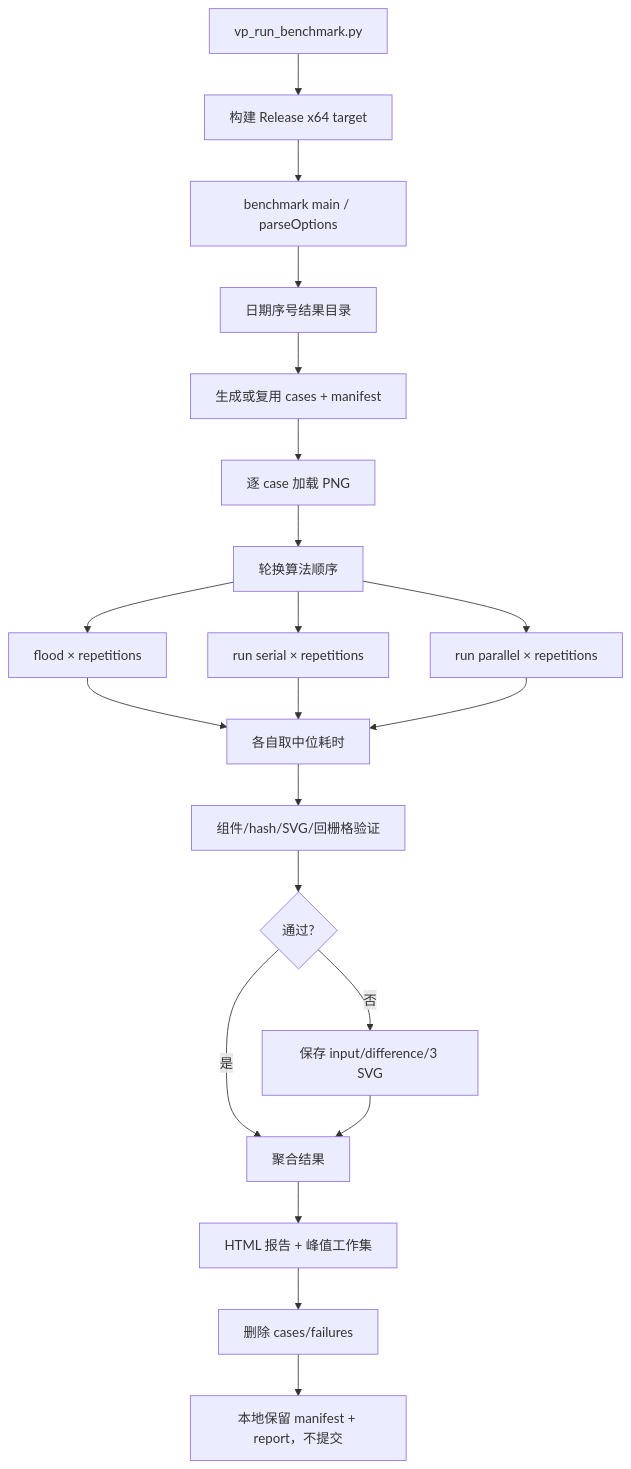
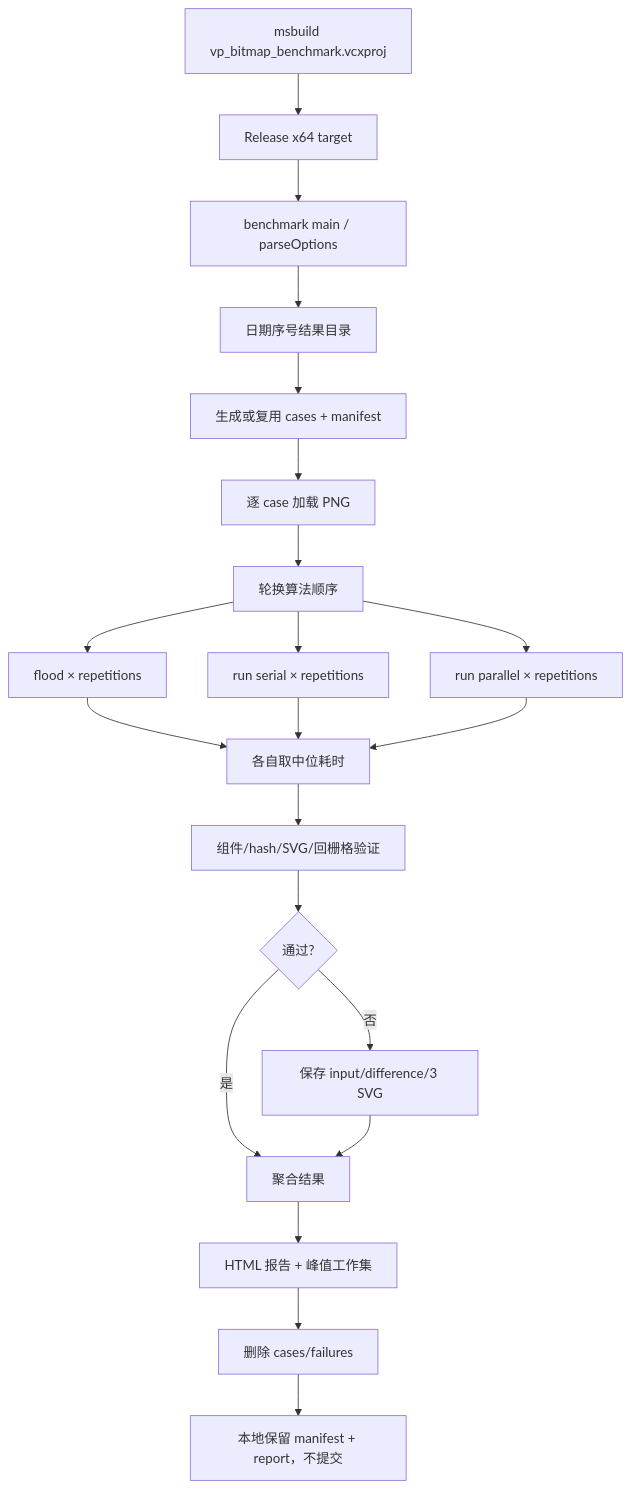
Before and after one commit to HJX0201/vectorPath: the ninth of 10 diagrams in sgraphDocs/BITMAP_VECTORIZATION_SOURCE_REFERENCE.md, drawn with Mermaid. The commit also changed other lines of this file and 11 other files, not shown here.

````diff
--- a/sgraphDocs/BITMAP_VECTORIZATION_SOURCE_REFERENCE.md
+++ b/sgraphDocs/BITMAP_VECTORIZATION_SOURCE_REFERENCE.md
@@ -956,23 +956,23 @@
 ```mermaid
 flowchart TD
-    A["vp_run_benchmark.py"] --> B["构建 Release x64 target"]
+    A["msbuild vp_bitmap_benchmark.vcxproj"] --> B["Release x64 target"]
     B --> C["benchmark main / parseOptions"]
     C --> D["日期序号结果目录"]
     D --> E["生成或复用 cases + manifest"]
     E --> F["逐 case 加载 PNG"]
     F --> G["轮换算法顺序"]
     G --> H["flood × repetitions"]
     G --> I["run serial × repetitions"]
     G --> J["run parallel × repetitions"]
     H --> K["各自取中位耗时"]
     I --> K
     J --> K
     K --> L["组件/hash/SVG/回栅格验证"]
     L --> M{"通过?"}
     M -- 否 --> N["保存 input/difference/3 SVG"]
     M -- 是 --> O["聚合结果"]
     N --> O
     O --> P["HTML 报告 + 峰值工作集"]
     P --> Q["删除 cases/failures"]
     Q --> R["本地保留 manifest + report，不提交"]
 ```
````
